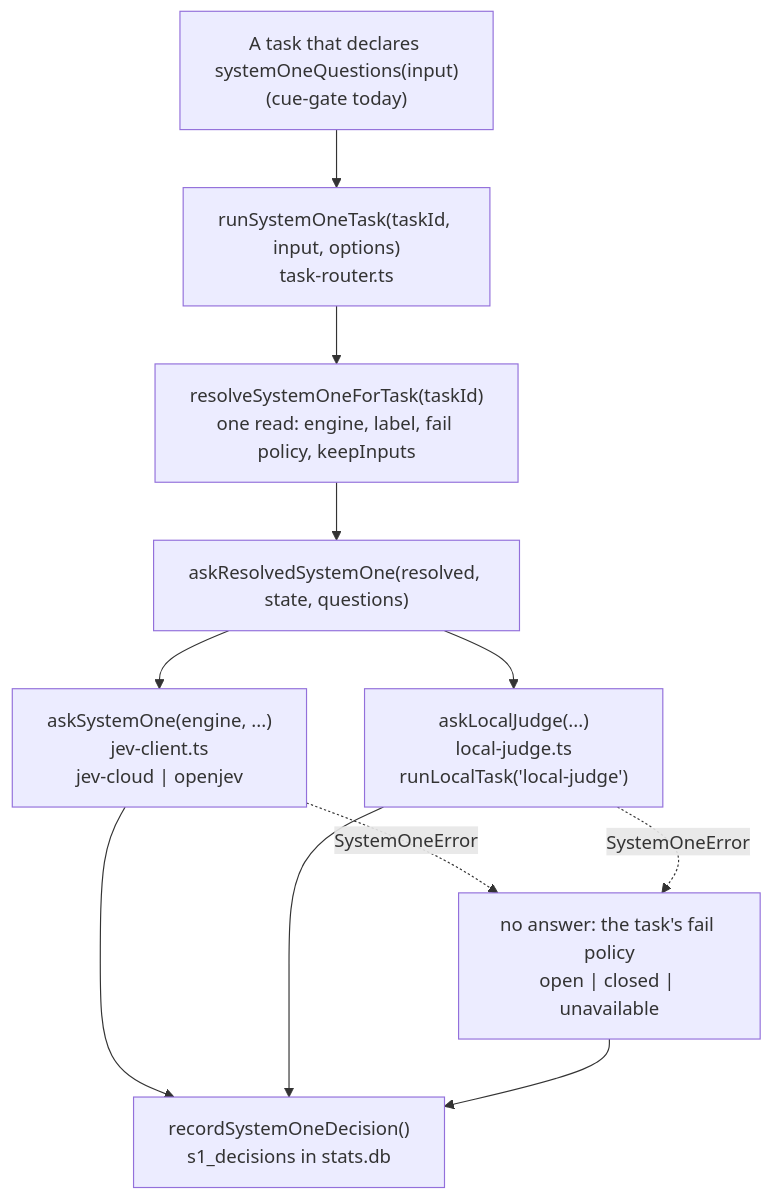
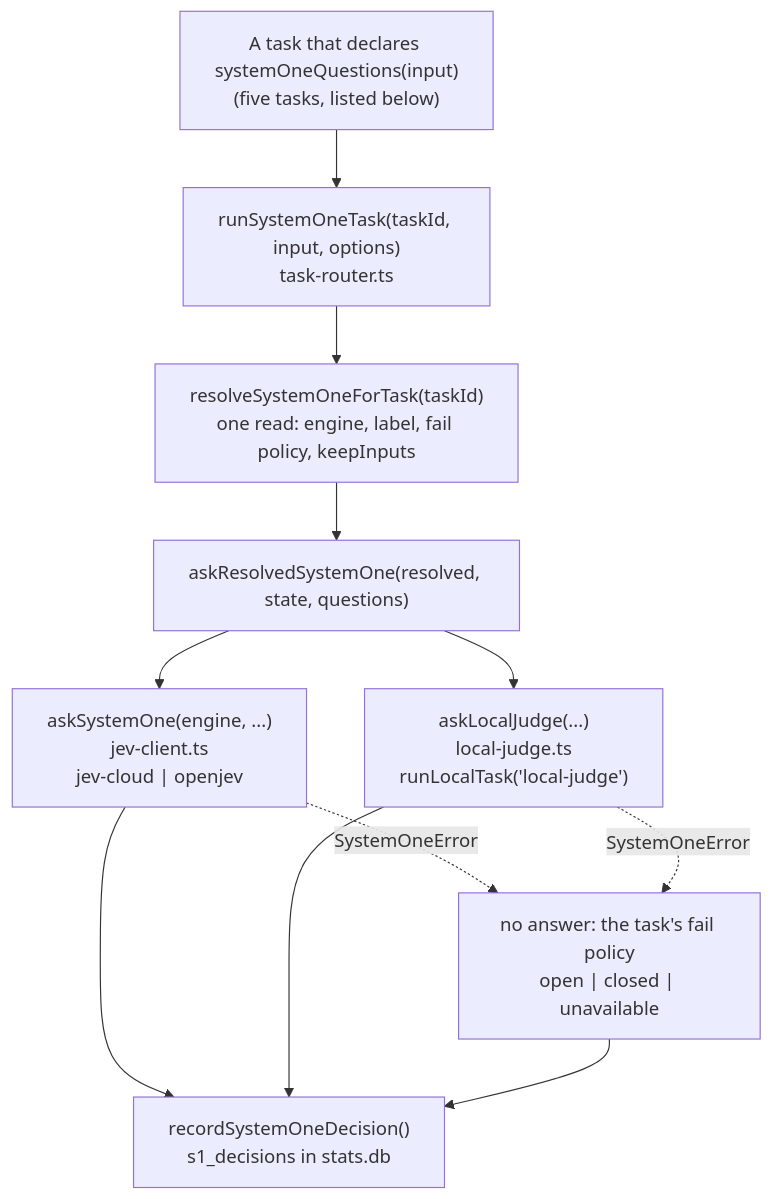
One commit to 0xH3li0/Maestro changed the ninth of 19 diagrams in docs/architecture/local-models.md. Above: the diagram before and after it, drawn with Mermaid. The commit also changed other lines of this file and 32 other files, not shown here.

````diff
--- a/docs/architecture/local-models.md
+++ b/docs/architecture/local-models.md
@@ -1272,20 +1272,20 @@
 ```mermaid
 flowchart TD
-	task["A task that declares systemOneQuestions(input)<br/>(cue-gate today)"]
+	task["A task that declares systemOneQuestions(input)<br/>(five tasks, listed below)"]
 	run["runSystemOneTask(taskId, input, options)<br/>task-router.ts"]
 	svc["resolveSystemOneForTask(taskId)<br/>one read: engine, label, fail policy, keepInputs"]
 	ask["askResolvedSystemOne(resolved, state, questions)"]
 	jev["askSystemOne(engine, ...)<br/>jev-client.ts<br/>jev-cloud | openjev"]
 	judge["askLocalJudge(...)<br/>local-judge.ts<br/>runLocalTask('local-judge')"]
 	rec["recordSystemOneDecision()<br/>s1_decisions in stats.db"]
 	none["no answer: the task's fail policy<br/>open | closed | unavailable"]
 
 	task --> run --> svc --> ask
 	ask --> jev
 	ask --> judge
 	jev --> rec
 	judge --> rec
 	jev -. "SystemOneError" .-> none
 	judge -. "SystemOneError" .-> none
 	none --> rec
 ```
````
